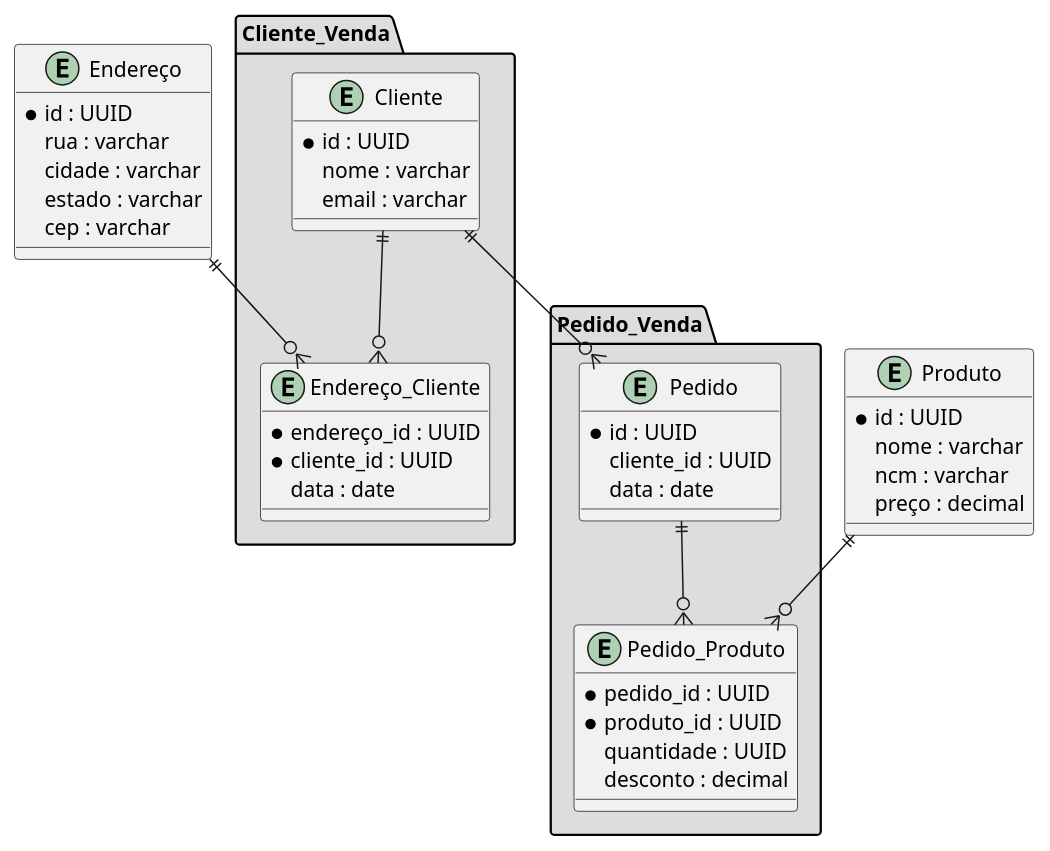
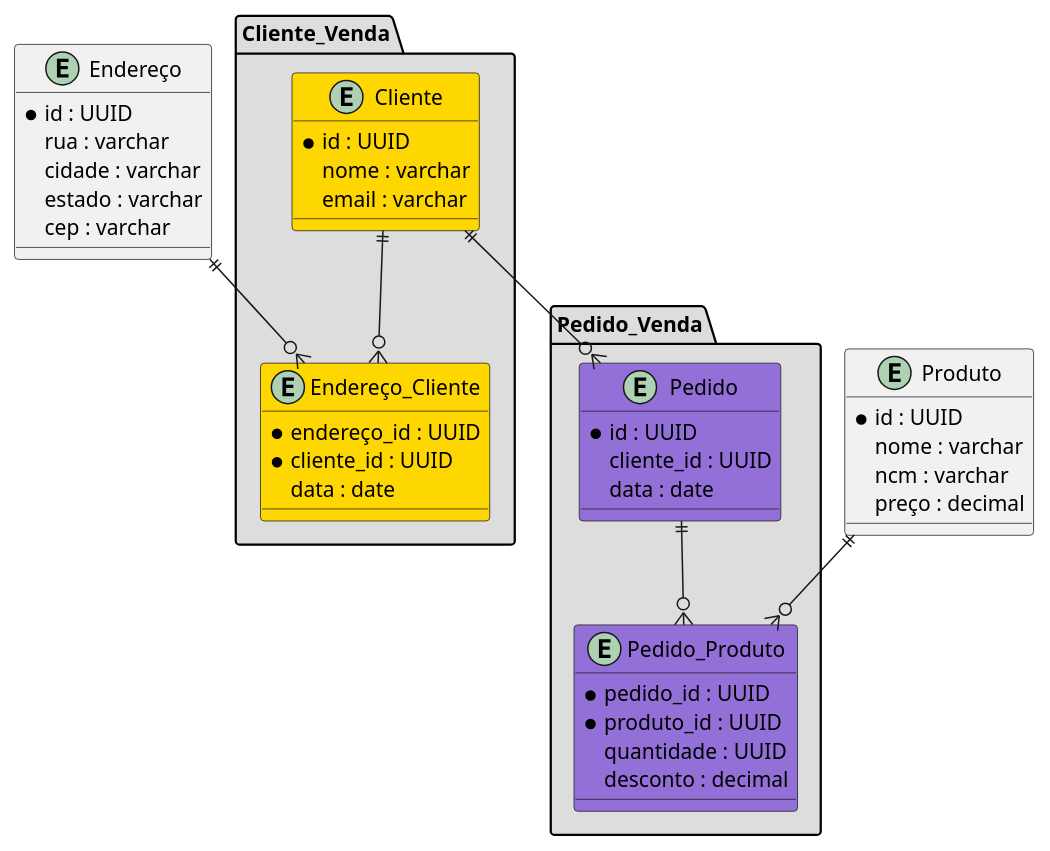
Before and after one commit to GiovaniPM/MyCourses: the diagram in ERD/erd1.md, drawn with PlantUML.

Commit message:
giova(LAPTOP-K5TUGPF) 241205173959

````diff
--- a/ERD/erd1.md
+++ b/ERD/erd1.md
@@ -1,54 +1,54 @@
 ```plantuml
 @startuml
   
   package "Cliente_Venda" #DDDDDD {
-    entity "Cliente" {
+    entity "Cliente" #ffd700 {
       * id : UUID
       nome : varchar
       email : varchar
     }
     
-    entity "Endereço_Cliente" {
+    entity "Endereço_Cliente" #ffd700 {
       * endereço_id : UUID
       * cliente_id : UUID
       data : date
     }
   }
   
   entity "Endereço" {
     * id : UUID
     rua : varchar
     cidade : varchar
     estado : varchar
     cep : varchar
   }
   
   package "Pedido_Venda" <<folder>> #DDDDDD {
-    entity "Pedido" {
+    entity "Pedido" #9370d8 {
       * id : UUID
       cliente_id : UUID
       data : date
     }
     
-    entity "Pedido_Produto" {
+    entity "Pedido_Produto" #9370d8 {
       * pedido_id : UUID
       * produto_id : UUID
       quantidade : UUID
       desconto : decimal
     }
   }
   
   entity "Produto" {
     * id : UUID
     nome : varchar
     ncm : varchar
     preço : decimal
   }
   
   Cliente ||--o{ Endereço_Cliente
   Endereço ||--o{ Endereço_Cliente
   Cliente ||--o{ Pedido
   Pedido ||--o{ Pedido_Produto
   Produto ||--o{ Pedido_Produto
 @enduml
 ```
````
